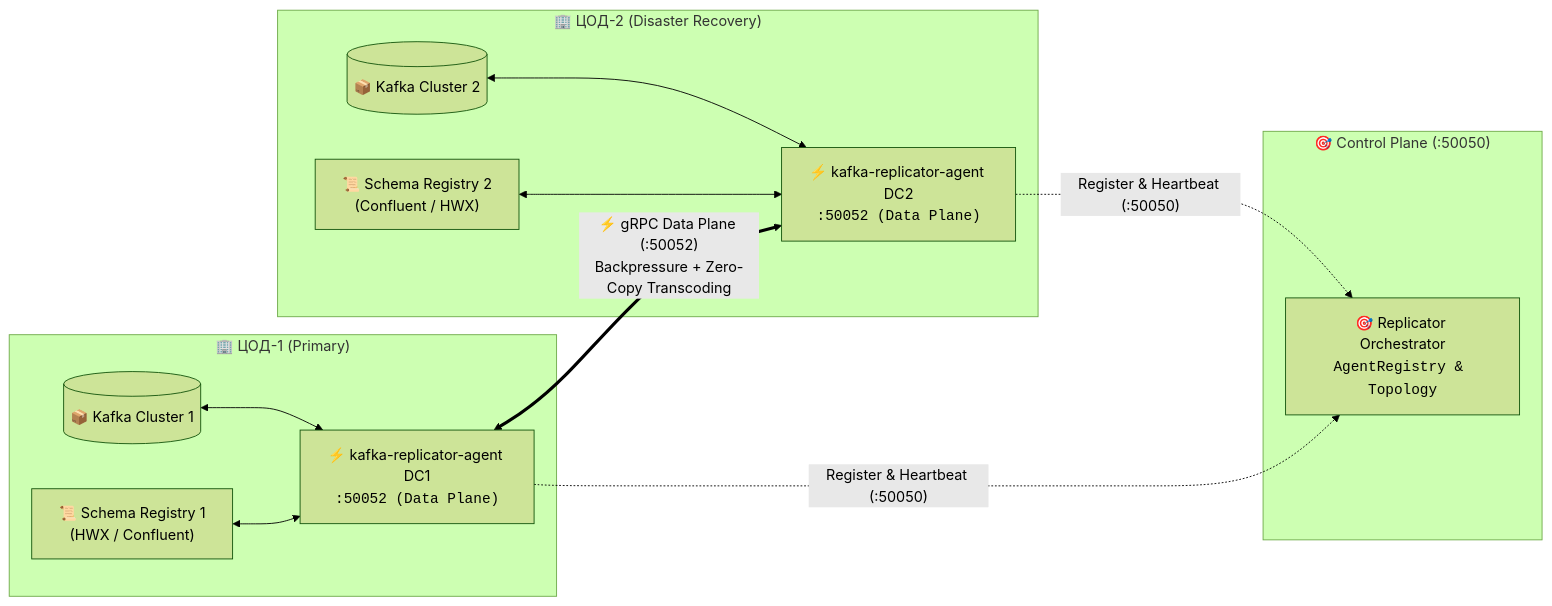
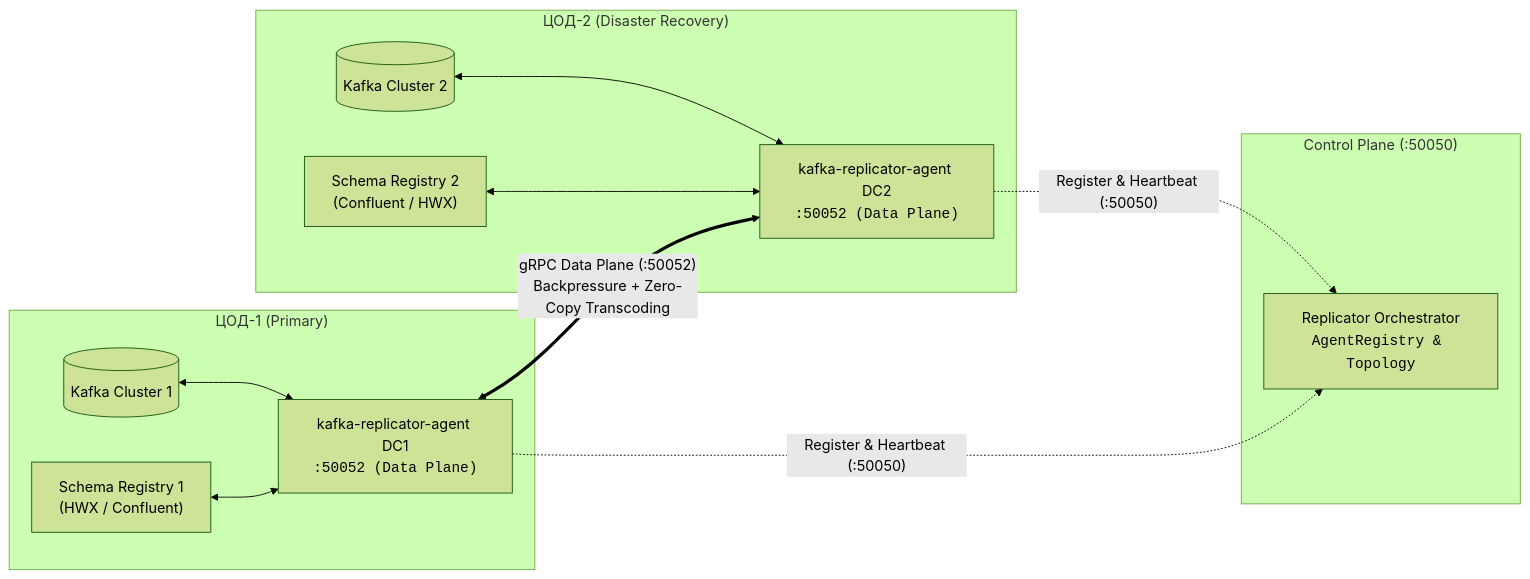
Before and after one commit to balookrd/hadoop-explorer: the seventh of 7 diagrams in docs/replicator-admin-guide.md, drawn with Mermaid (forest theme). The commit also changed other lines of this file and 48 other files, not shown here.

````diff
--- a/docs/replicator-admin-guide.md
+++ b/docs/replicator-admin-guide.md
@@ -2224,26 +2215,26 @@
 ```mermaid
 flowchart LR
-    subgraph CP["🎯 Control Plane (:50050)"]
-        Orch["🎯 Replicator Orchestrator<br/><code>AgentRegistry & Topology</code>"]
+    subgraph CP["Control Plane (:50050)"]
+        Orch["Replicator Orchestrator<br/><code>AgentRegistry & Topology</code>"]
     end
 
-    subgraph DC1["🏢 ЦОД-1 (Primary)"]
-        K1[("📦 Kafka Cluster 1")]
-        SR1["📜 Schema Registry 1<br/>(HWX / Confluent)"]
-        A1["⚡ kafka-replicator-agent DC1<br/><code>:50052 (Data Plane)</code>"]
+    subgraph DC1["ЦОД-1 (Primary)"]
+        K1[("Kafka Cluster 1")]
+        SR1["Schema Registry 1<br/>(HWX / Confluent)"]
+        A1["kafka-replicator-agent DC1<br/><code>:50052 (Data Plane)</code>"]
         K1 <--> A1
         SR1 <--> A1
     end
 
-    subgraph DC2["🏢 ЦОД-2 (Disaster Recovery)"]
-        K2[("📦 Kafka Cluster 2")]
-        SR2["📜 Schema Registry 2<br/>(Confluent / HWX)"]
-        A2["⚡ kafka-replicator-agent DC2<br/><code>:50052 (Data Plane)</code>"]
+    subgraph DC2["ЦОД-2 (Disaster Recovery)"]
+        K2[("Kafka Cluster 2")]
+        SR2["Schema Registry 2<br/>(Confluent / HWX)"]
+        A2["kafka-replicator-agent DC2<br/><code>:50052 (Data Plane)</code>"]
         K2 <--> A2
         SR2 <--> A2
     end
 
-    A1 <==>|"⚡ gRPC Data Plane (:50052)<br/>Backpressure + Zero-Copy Transcoding"| A2
+    A1 <==>|"gRPC Data Plane (:50052)<br/>Backpressure + Zero-Copy Transcoding"| A2
     A1 -.->|"Register & Heartbeat (:50050)"| Orch
     A2 -.->|"Register & Heartbeat (:50050)"| Orch
 ```
````
